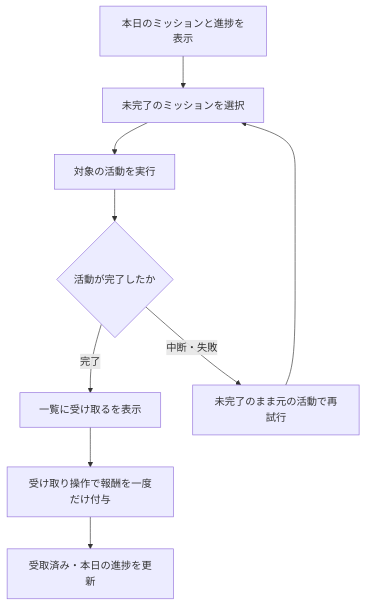
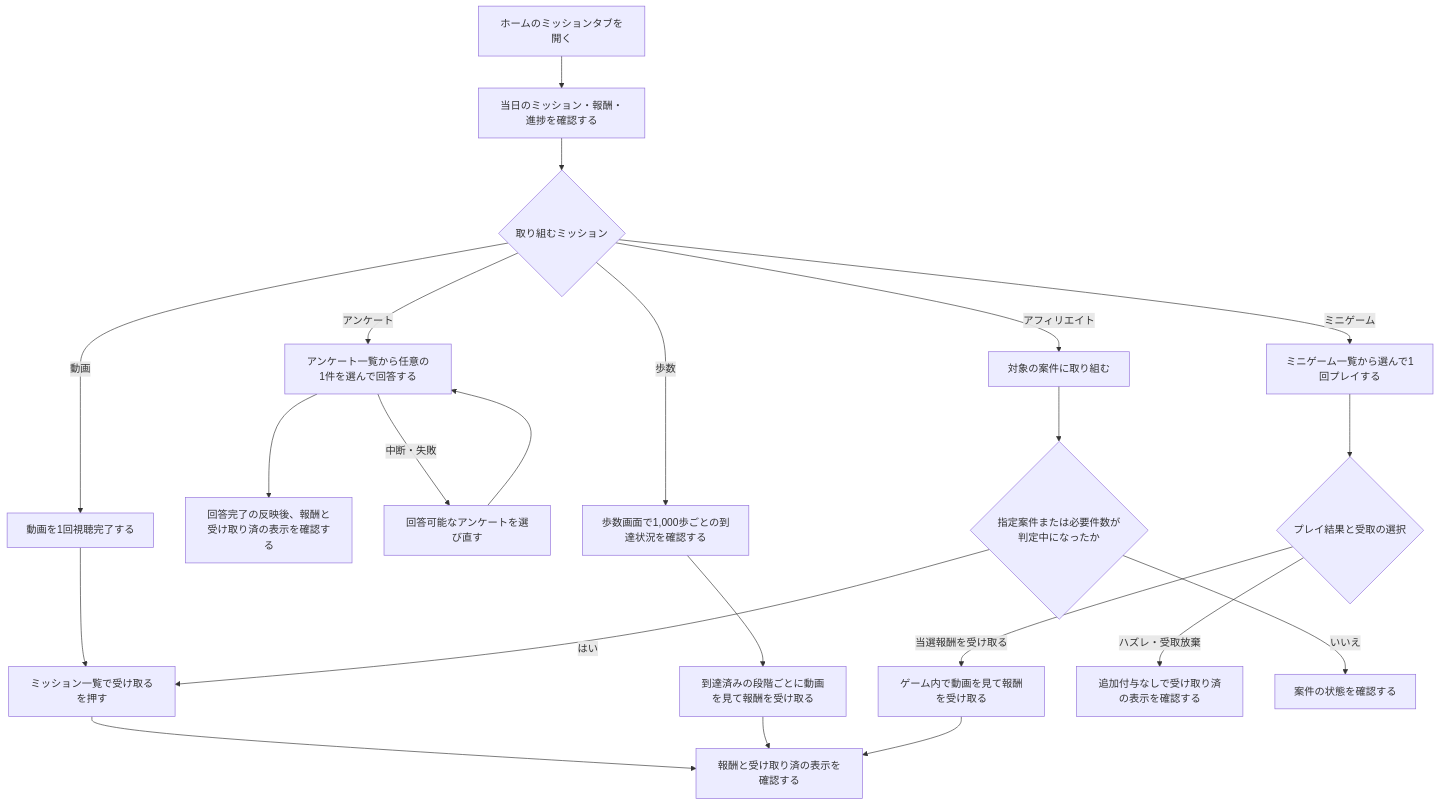
The diagram in docs/prd/features/F07-daily-mission.md (Min-Thu-Khant/pochipo-mock-en), drawn with Mermaid before and after one commit. The commit also changed other lines of this file and 1 other file, not shown here.

````diff
--- a/docs/prd/features/F07-daily-mission.md
+++ b/docs/prd/features/F07-daily-mission.md
@@ -59,11 +51,24 @@
 ```mermaid
 flowchart TD
-  A["本日のミッションと進捗を表示"] --> B["未完了のミッションを選択"]
-  B --> C["対象の活動を実行"]
-  C --> D{"活動が完了したか"}
-  D -->|完了| E["一覧に受け取るを表示"]
-  E --> H["受け取り操作で報酬を一度だけ付与"]
-  H --> F["受取済み・本日の進捗を更新"]
-  D -->|中断・失敗| G["未完了のまま元の活動で再試行"]
-  G --> B
+  A["ホームのミッションタブを開く"] --> B["当日のミッション・報酬・進捗を確認する"]
+  B --> C{"取り組むミッション"}
+  C -->|動画| V["動画を1回視聴完了する"]
+  V --> H["ミッション一覧で受け取るを押す"]
+  H --> I["報酬と受け取り済の表示を確認する"]
+  C -->|アンケート| D["アンケート一覧から任意の1件を選んで回答する"]
+  D --> E["回答完了の反映後、報酬と受け取り済の表示を確認する"]
+  D -->|中断・失敗| K["回答可能なアンケートを選び直す"]
+  K --> D
+  C -->|歩数| W["歩数画面で1,000歩ごとの到達状況を確認する"]
+  W --> WR["到達済みの段階ごとに動画を見て報酬を受け取る"]
+  WR --> I
+  C -->|ミニゲーム| L["ミニゲーム一覧から選んで1回プレイする"]
+  L --> R{"プレイ結果と受取の選択"}
+  R -->|当選報酬を受け取る| M["ゲーム内で動画を見て報酬を受け取る"]
+  M --> I
+  R -->|ハズレ・受取放棄| Z["追加付与なしで受け取り済の表示を確認する"]
+  C -->|アフィリエイト| F["対象の案件に取り組む"]
+  F --> G{"指定案件または必要件数が判定中になったか"}
+  G -->|はい| H
+  G -->|いいえ| J["案件の状態を確認する"]
 ```
````
